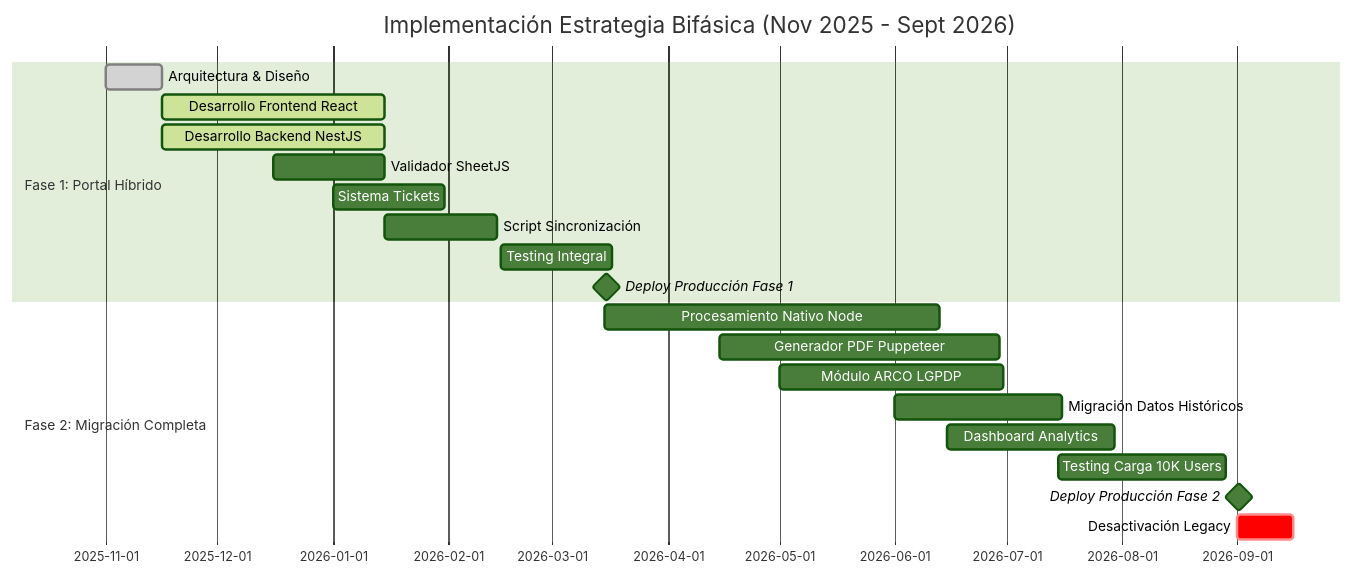
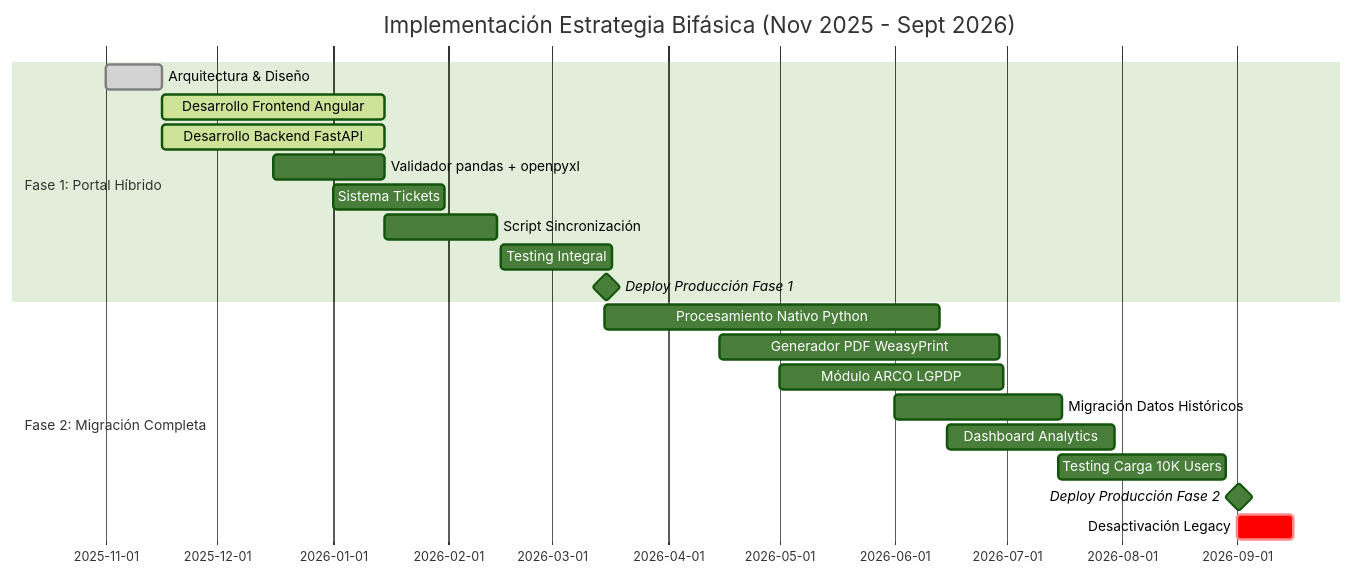
One commit to dleonsystem/sep_evaluacion_diagnostica changed the first of 19 diagrams in DASHBOARD_VISUAL.md. Above: the diagram before and after it, drawn with Mermaid (forest theme). The commit also changed other lines of this file and 6 other files, not shown here.

Commit message:
Alinear documentación con stack Python/Angular/PostgreSQL

````diff
--- a/DASHBOARD_VISUAL.md
+++ b/DASHBOARD_VISUAL.md
@@ -13,25 +13,25 @@
 ```mermaid
 gantt
     title Implementación Estrategia Bifásica (Nov 2025 - Sept 2026)
     dateFormat YYYY-MM-DD
     
     section Fase 1: Portal Híbrido
     Arquitectura & Diseño           :done, f1_1, 2025-11-01, 15d
-    Desarrollo Frontend React       :active, f1_2, 2025-11-16, 60d
-    Desarrollo Backend NestJS       :active, f1_3, 2025-11-16, 60d
-    Validador SheetJS               :f1_4, 2025-12-16, 30d
+    Desarrollo Frontend Angular     :active, f1_2, 2025-11-16, 60d
+    Desarrollo Backend FastAPI      :active, f1_3, 2025-11-16, 60d
+    Validador pandas + openpyxl     :f1_4, 2025-12-16, 30d
     Sistema Tickets                 :f1_5, 2026-01-01, 30d
     Script Sincronización           :f1_6, 2026-01-15, 30d
     Testing Integral                :f1_7, 2026-02-15, 30d
     Deploy Producción Fase 1        :milestone, f1_m, 2026-03-15, 1d
     
     section Fase 2: Migración Completa
-    Procesamiento Nativo Node       :f2_1, 2026-03-15, 90d
-    Generador PDF Puppeteer         :f2_2, 2026-04-15, 75d
+    Procesamiento Nativo Python     :f2_1, 2026-03-15, 90d
+    Generador PDF WeasyPrint        :f2_2, 2026-04-15, 75d
     Módulo ARCO LGPDP               :f2_3, 2026-05-01, 60d
     Migración Datos Históricos      :f2_4, 2026-06-01, 45d
     Dashboard Analytics             :f2_5, 2026-06-15, 45d
     Testing Carga 10K Users         :f2_6, 2026-07-15, 45d
     Deploy Producción Fase 2        :milestone, f2_m, 2026-09-01, 1d
     Desactivación Legacy            :crit, f2_7, 2026-09-01, 15d
 ```
````
